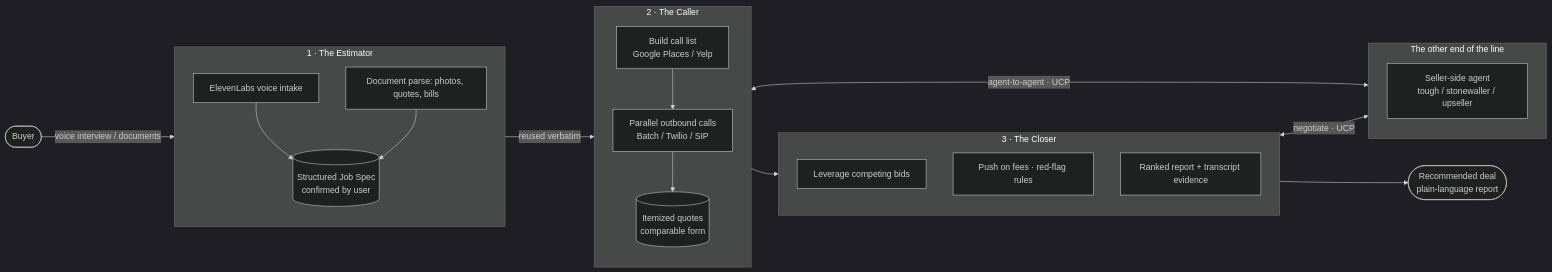
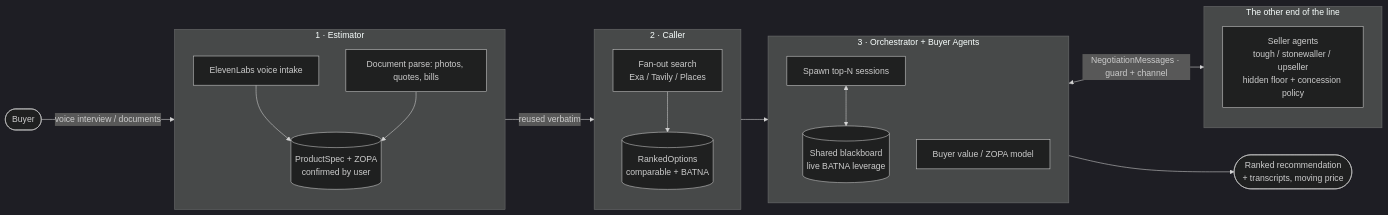
One commit to ColeLeng/the-negotiator changed the diagram in README.md. Above: the diagram before and after it, drawn with Mermaid (dark theme). The commit also changed other lines of this file and 55 other files, not shown here.

````diff
--- a/README.md
+++ b/README.md
@@ -29,31 +25,30 @@
 ```mermaid
 flowchart LR
     U([Buyer]) -->|voice interview / documents| E
-    subgraph E[1 · The Estimator]
+    subgraph E[1 · Estimator]
       direction TB
       E1[ElevenLabs voice intake]
       E2[Document parse: photos, quotes, bills]
-      E1 & E2 --> JS[(Structured Job Spec\nconfirmed by user)]
+      E1 & E2 --> JS[(ProductSpec + ZOPA\nconfirmed by user)]
     end
     JS -->|reused verbatim| C
-    subgraph C[2 · The Caller]
+    subgraph C[2 · Caller]
       direction TB
-      C1[Build call list\nGoogle Places / Yelp]
-      C2[Parallel outbound calls\nBatch / Twilio / SIP]
-      C1 --> C2 --> Q[(Itemized quotes\ncomparable form)]
+      C1[Fan-out search\nExa / Tavily / Places]
+      C1 --> Q[(RankedOptions\ncomparable + BATNA)]
     end
-    Q --> CL
-    subgraph CL[3 · The Closer]
+    Q --> O
+    subgraph O[3 · Orchestrator + Buyer Agents]
       direction TB
-      CL1[Leverage competing bids]
-      CL2[Push on fees · red-flag rules]
-      CL3[Ranked report + transcript evidence]
+      O1[Spawn top-N sessions]
+      O2[Buyer value / ZOPA model]
+      BB[(Shared blackboard\nlive BATNA leverage)]
+      O1 <--> BB
     end
-    CL --> R([Recommended deal\nplain-language report])
+    O <-->|NegotiationMessages · guard + channel| S
     subgraph S[The other end of the line]
       direction TB
-      S1[Seller-side agent\ntough / stonewaller / upseller]
+      S1[Seller agents\ntough / stonewaller / upseller\nhidden floor + concession policy]
     end
-    C2 <-->|agent-to-agent · UCP| S1
-    CL1 <-->|negotiate · UCP| S1
+    O --> R([Ranked recommendation\n+ transcripts, moving price])
 ```
````
